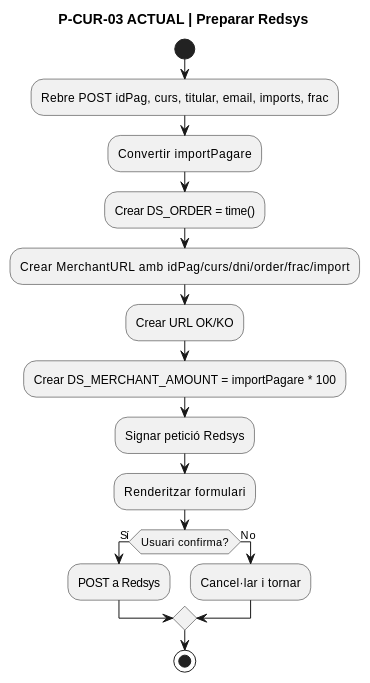
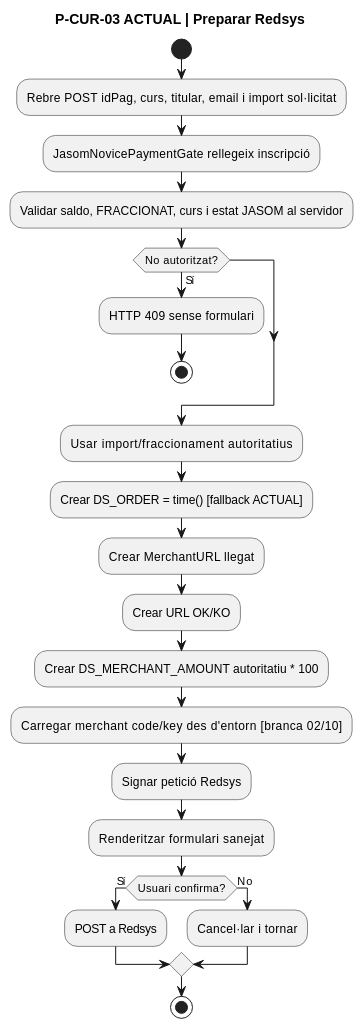
The fifth of 14 diagrams in documentacio/07-uml-integrat/uc-014-activitats-pagines-redsys-actual-final.md (orgmeriemprismacat-del/verifactu), drawn with PlantUML before and after one commit. The commit also changed other lines of this file, not shown here.

Commit message:
docs(UC-014): completar activitats per pagina amb PHP JS real

````diff
--- a/documentacio/07-uml-integrat/uc-014-activitats-pagines-redsys-actual-final.md
+++ b/documentacio/07-uml-integrat/uc-014-activitats-pagines-redsys-actual-final.md
@@ -124,20 +125,27 @@
 ```plantuml
 @startuml
 title P-CUR-03 ACTUAL | Preparar Redsys
 start
-:Rebre POST idPag, curs, titular, email, imports, frac;
-:Convertir importPagare;
-:Crear DS_ORDER = time();
-:Crear MerchantURL amb idPag/curs/dni/order/frac/import;
+:Rebre POST idPag, curs, titular, email i import sol·licitat;
+:JasomNovicePaymentGate rellegeix inscripció;
+:Validar saldo, FRACCIONAT, curs i estat JASOM al servidor;
+if (No autoritzat?) then (Sí)
+  :HTTP 409 sense formulari;
+  stop
+endif
+:Usar import/fraccionament autoritatius;
+:Crear DS_ORDER = time() [fallback ACTUAL];
+:Crear MerchantURL llegat;
 :Crear URL OK/KO;
-:Crear DS_MERCHANT_AMOUNT = importPagare * 100;
+:Crear DS_MERCHANT_AMOUNT autoritatiu * 100;
+:Carregar merchant code/key des d'entorn [branca 02/10];
 :Signar petició Redsys;
-:Renderitzar formulari;
+:Renderitzar formulari sanejat;
 if (Usuari confirma?) then (Sí)
   :POST a Redsys;
 else (No)
   :Cancel·lar i tornar;
 endif
 stop
 @enduml
 ```
````
